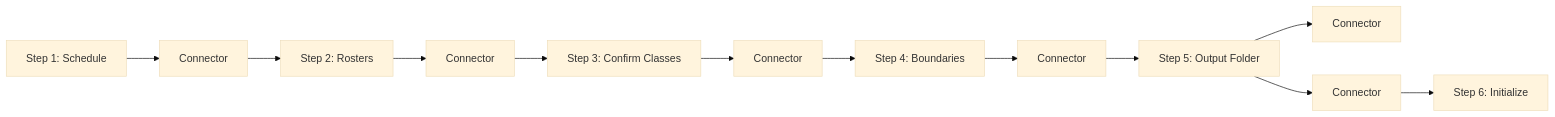
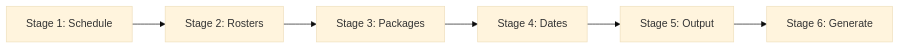
One commit to DrinkBoooz/cvsu-generator_documentation changed the second of 2 diagrams in 01 - Architecture/UI Architecture.md. Above: the diagram before and after it, drawn with Mermaid (base theme). The commit also changed other lines of this file and 3 other files, not shown here.

Commit message:
72: align ui architecture and faculty guides with six-stage batch workbench

````diff
--- a/01 - Architecture/UI Architecture.md
+++ b/01 - Architecture/UI Architecture.md
@@ -142,14 +120,8 @@
 ```mermaid
 graph LR
-    S1["Step 1: Schedule"] --> C1["Connector"]
-    C1 --> S2["Step 2: Rosters"]
-    S2 --> C2["Connector"]
-    C2 --> S3["Step 3: Confirm Classes"]
-    S3 --> C3["Connector"]
-    C3 --> S4["Step 4: Boundaries"]
-    S4 --> C4["Connector"]
-    C4 --> S5["Step 5: Output Folder"]
-    S5 --> C5["Connector"]
-    S5 --> C6["Connector"]
-    C6 --> S6["Step 6: Initialize"]
+    S1["Stage 1: Schedule"] --> S2["Stage 2: Rosters"]
+    S2 --> S3["Stage 3: Packages"]
+    S3 --> S4["Stage 4: Dates"]
+    S4 --> S5["Stage 5: Output"]
+    S5 --> S6["Stage 6: Generate"]
 ```
````
